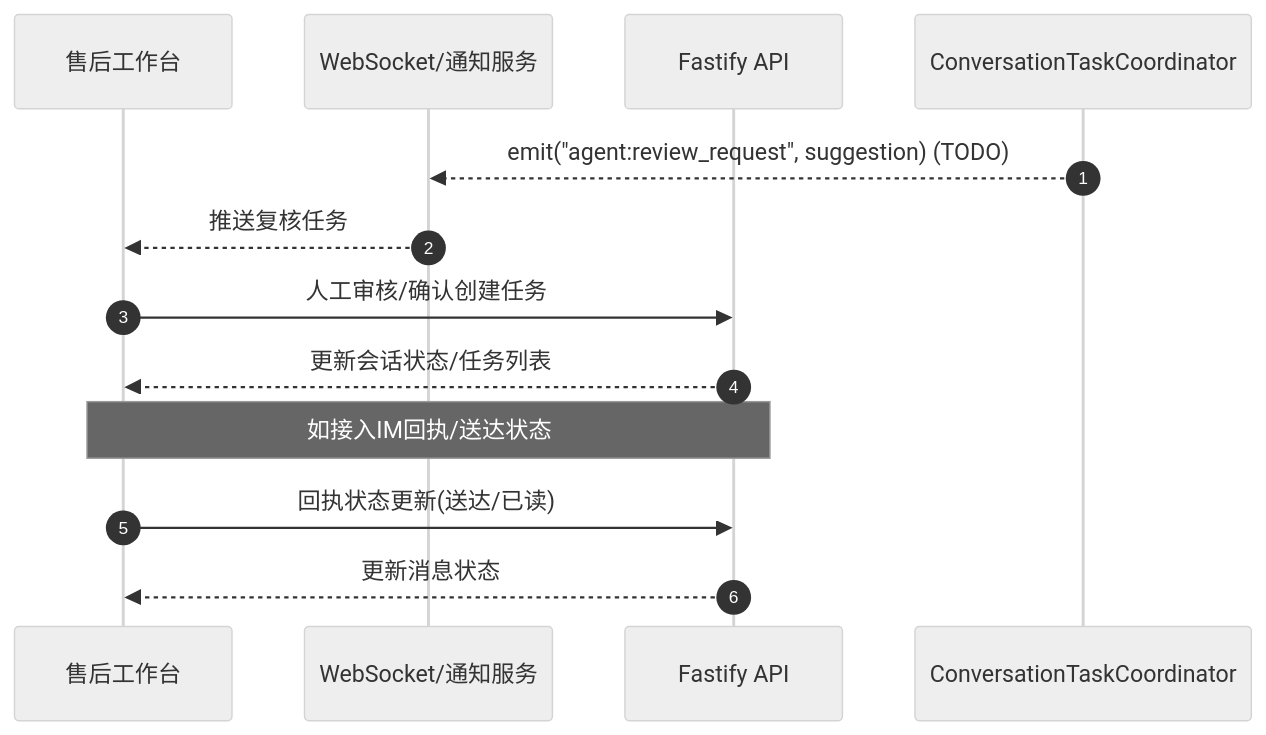
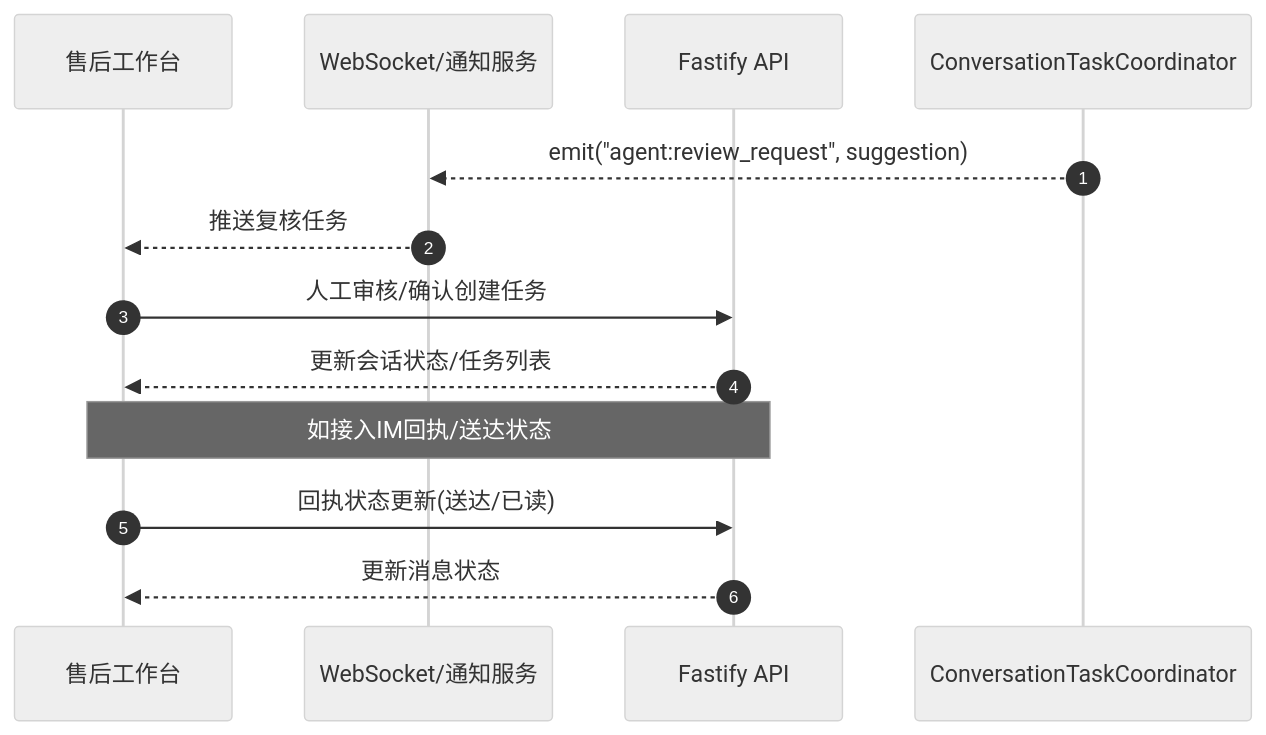
The eighth of 11 diagrams in backend/tests/事件格式.md (zqshi/After-sales), drawn with Mermaid (neutral theme) before and after one commit. The commit also changed other lines of this file and 44 other files, not shown here.

````diff
--- a/backend/tests/事件格式.md
+++ b/backend/tests/事件格式.md
@@ -481,17 +481,17 @@
 ```mermaid
 sequenceDiagram
   autonumber
   participant FE as 售后工作台
   participant WS as WebSocket/通知服务
   participant API as Fastify API
   participant CTC as ConversationTaskCoordinator
 
-  CTC-->>WS: emit("agent:review_request", suggestion) (TODO)
+  CTC-->>WS: emit("agent:review_request", suggestion)
   WS-->>FE: 推送复核任务
   FE->>API: 人工审核/确认创建任务
   API-->>FE: 更新会话状态/任务列表
 
   Note over API,FE: 如接入IM回执/送达状态
   FE->>API: 回执状态更新(送达/已读)
   API-->>FE: 更新消息状态
 ```
````
